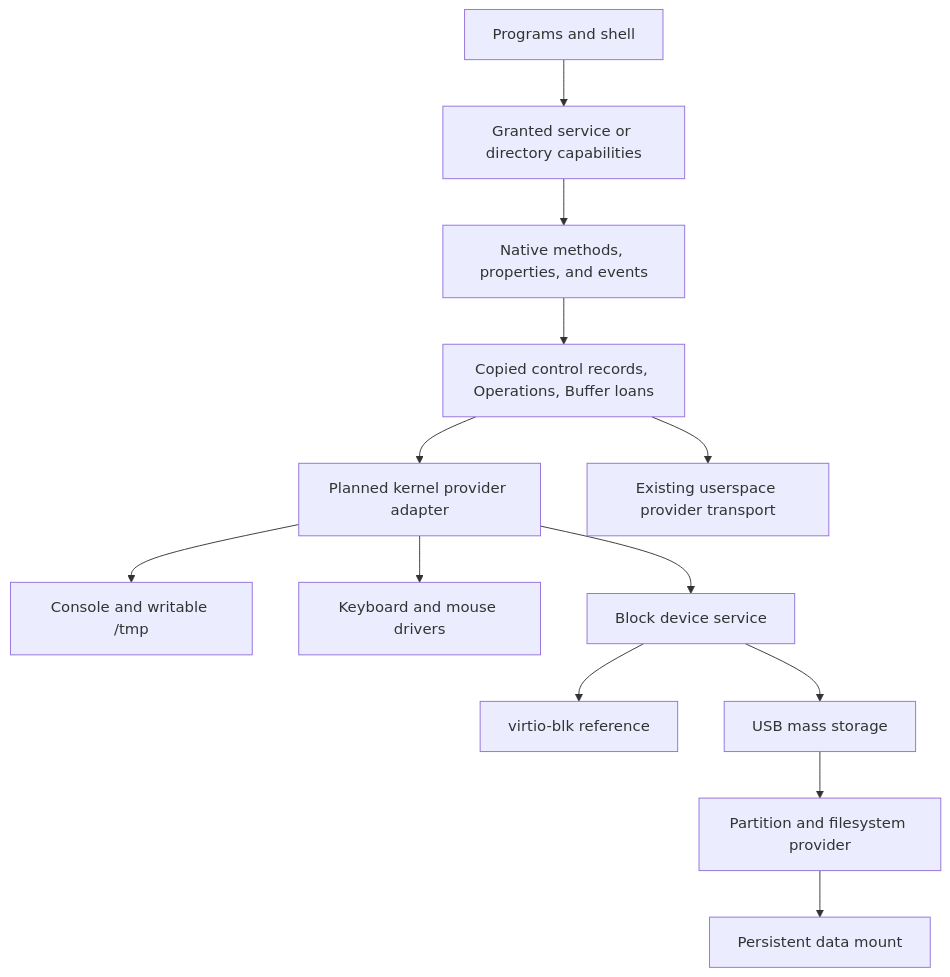
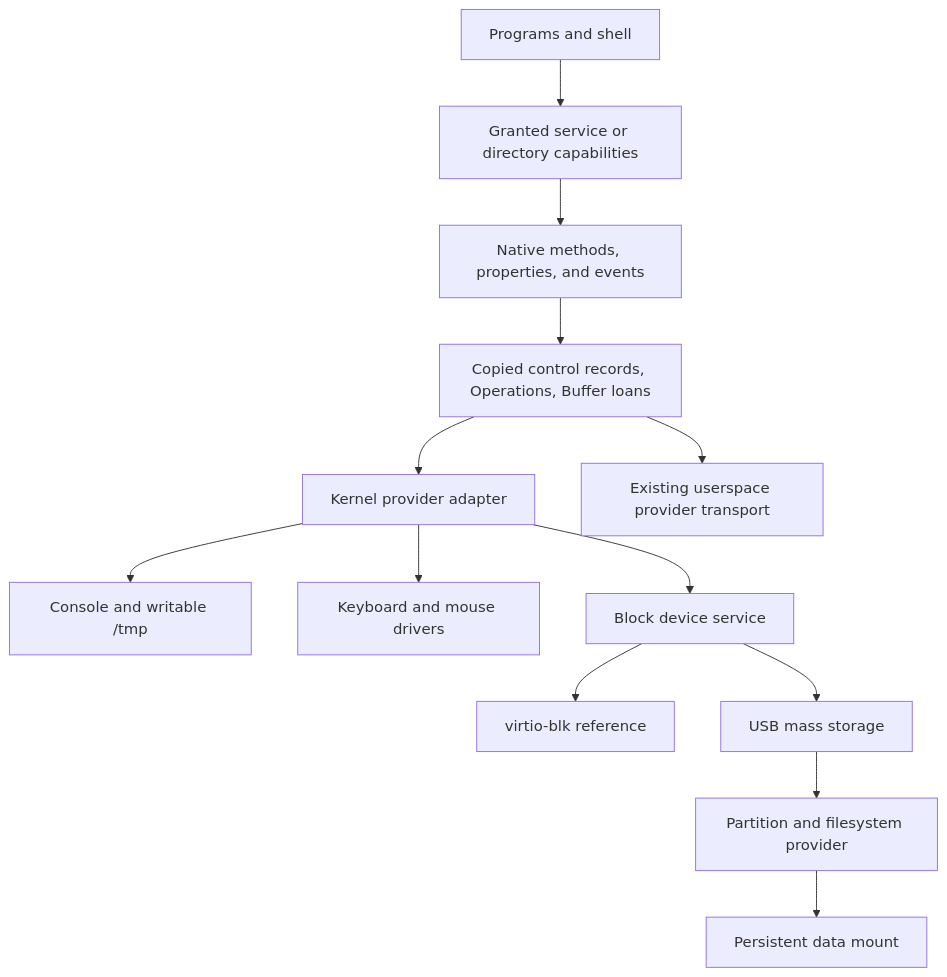
One commit to idevtm/os1 changed the first of 2 diagrams in docs/native-api/roadmap.md. Above: the diagram before and after it, drawn with Mermaid. The commit also changed other lines of this file and 31 other files, not shown here.

````diff
--- a/docs/native-api/roadmap.md
+++ b/docs/native-api/roadmap.md
@@ -8,15 +8,15 @@
 ```mermaid
 flowchart TD
     P[Programs and shell] --> G[Granted service or directory capabilities]
     G --> I[Native methods, properties, and events]
     I --> T[Copied control records, Operations, Buffer loans]
-    T --> K[Planned kernel provider adapter]
+    T --> K[Kernel provider adapter]
     T --> U[Existing userspace provider transport]
     K --> C[Console and writable /tmp]
     K --> H[Keyboard and mouse drivers]
     K --> B[Block device service]
     B --> V[virtio-blk reference]
     B --> S[USB mass storage]
     S --> F[Partition and filesystem provider]
     F --> D[Persistent data mount]
 ```
````
